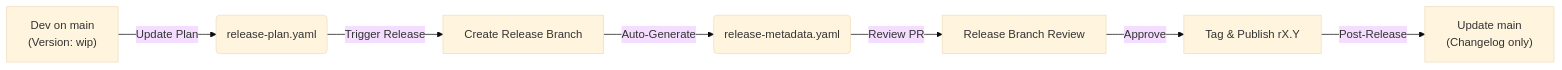
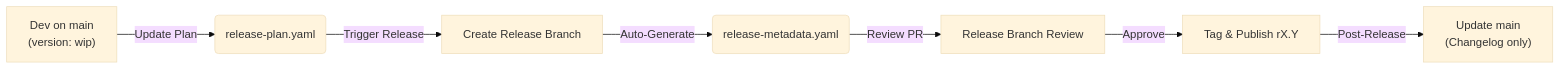
One commit to camaraproject/ReleaseManagement changed the diagram in documentation/Release_Process.md. Above: the diagram before and after it, drawn with Mermaid (base theme). The commit also changed other lines of this file, not shown here.

First line of the commit message:
Revise CAMARA Release Process documentation 2

````diff
--- a/documentation/Release_Process.md
+++ b/documentation/Release_Process.md
@@ -48,9 +48,9 @@
 ```mermaid
 graph LR
-    A["Dev on main<br>(Version: wip)"] -->|Update Plan| B(release-plan.yaml)
+    A["Dev on main<br>(version: wip)"] -->|Update Plan| B(release-plan.yaml)
     B -->|Trigger Release| C[Create Release Branch]
     C -->|Auto-Generate| D(release-metadata.yaml)
     D -->|Review PR| E[Release Branch Review]
     E -->|Approve| F[Tag & Publish rX.Y]
     F -->|Post-Release| G["Update main<br>(Changelog only)"]
 ```
````
